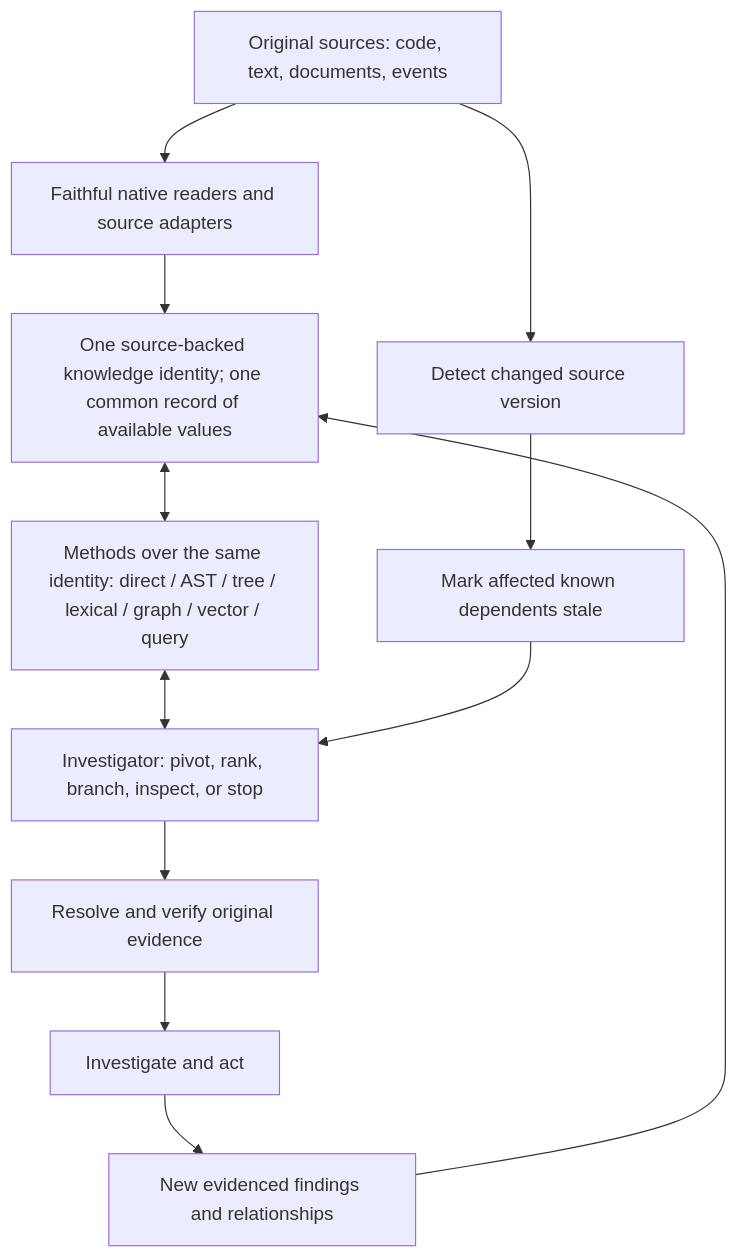
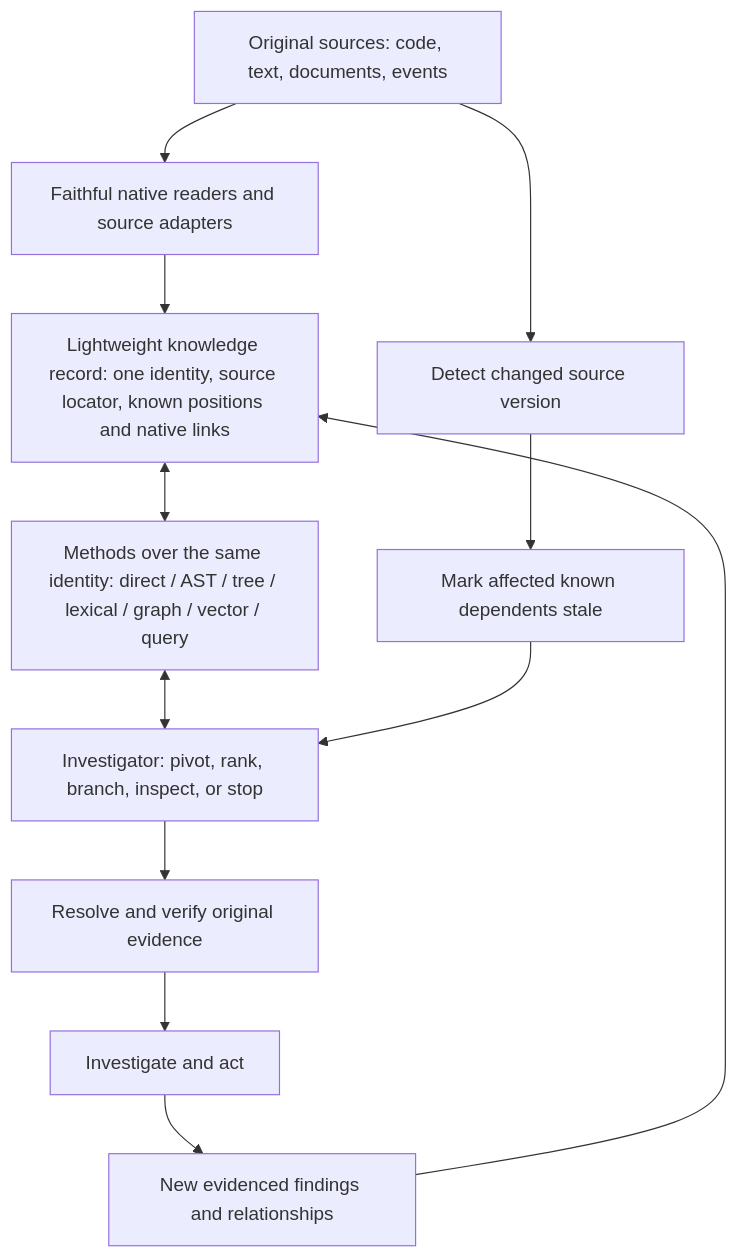
The first of 5 diagrams in knowledge-positions/research/paper.md (l00p3rl00p/barely-passable-ai-stuff), drawn with Mermaid before and after one commit. The commit also changed other lines of this file, not shown here.

Commit message:
research(jitk): clarify already-established lightweight map and on-touch enrichment

````diff
--- a/knowledge-positions/research/paper.md
+++ b/knowledge-positions/research/paper.md
@@ -175,14 +175,14 @@
 ```mermaid
 flowchart TD
   S["Original sources: code, text, documents, events"] --> P["Faithful native readers and source adapters"]
-  P --> K["One source-backed knowledge identity; one common record of available values"]
+  P --> K["Lightweight knowledge record: one identity, source locator, known positions and native links"]
   K <--> M["Methods over the same identity: direct / AST / tree / lexical / graph / vector / query"]
   M <--> A["Investigator: pivot, rank, branch, inspect, or stop"]
   A --> R["Resolve and verify original evidence"]
   R --> W["Investigate and act"]
   W --> E["New evidenced findings and relationships"]
   E --> K
   S --> D["Detect changed source version"]
   D --> T["Mark affected known dependents stale"]
   T --> A
 ```
````
